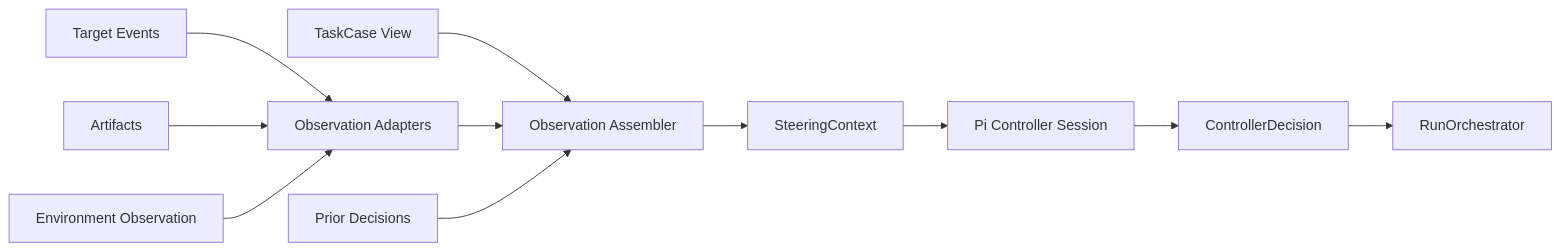
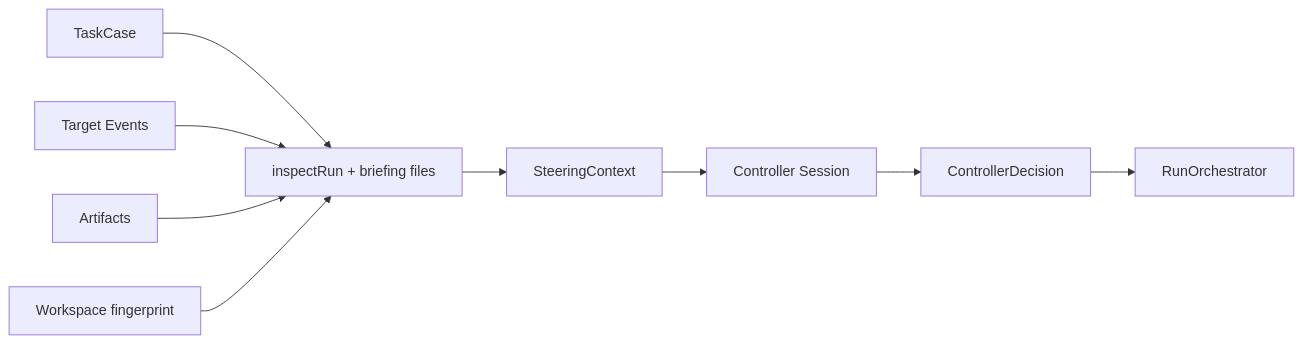
Before and after one commit to caulif/Reprise: the diagram in docs/architecture/controller.md, drawn with Mermaid. The commit also changed other lines of this file and 114 other files, not shown here.

First line of the commit message:
feat: separate host facts from agent output across comparison, recovery, and controller

````diff
--- a/docs/architecture/controller.md
+++ b/docs/architecture/controller.md
@@ -31,13 +33,11 @@
 ```mermaid
 flowchart LR
-    CASE[TaskCase View] --> ASSEMBLER[Observation Assembler]
-    EVENTS[Target Events] --> ADAPTERS[Observation Adapters]
-    ARTIFACTS[Artifacts] --> ADAPTERS
-    ENV[Environment Observation] --> ADAPTERS
-    ADAPTERS --> ASSEMBLER
-    HISTORY[Prior Decisions] --> ASSEMBLER
-    ASSEMBLER --> CONTEXT[SteeringContext]
-    CONTEXT --> CTRL[Pi Controller Session]
+    CASE[TaskCase] --> HOST[inspectRun + briefing files]
+    EVENTS[Target Events] --> HOST
+    ARTIFACTS[Artifacts] --> HOST
+    ENV[Workspace fingerprint] --> HOST
+    HOST --> CONTEXT[SteeringContext]
+    CONTEXT --> CTRL[Controller Session]
     CTRL --> DECISION[ControllerDecision]
     DECISION --> ORCH[RunOrchestrator]
 ```
````
